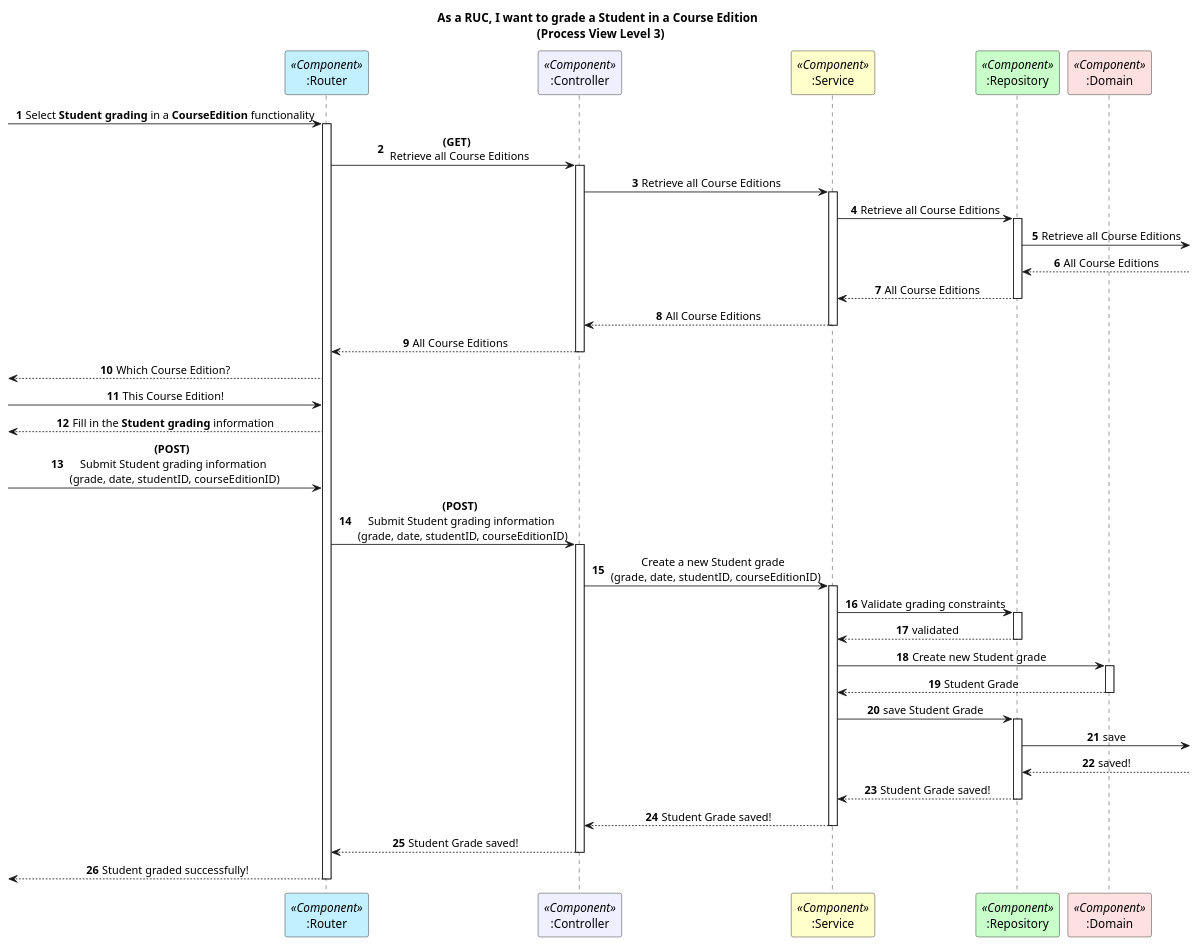
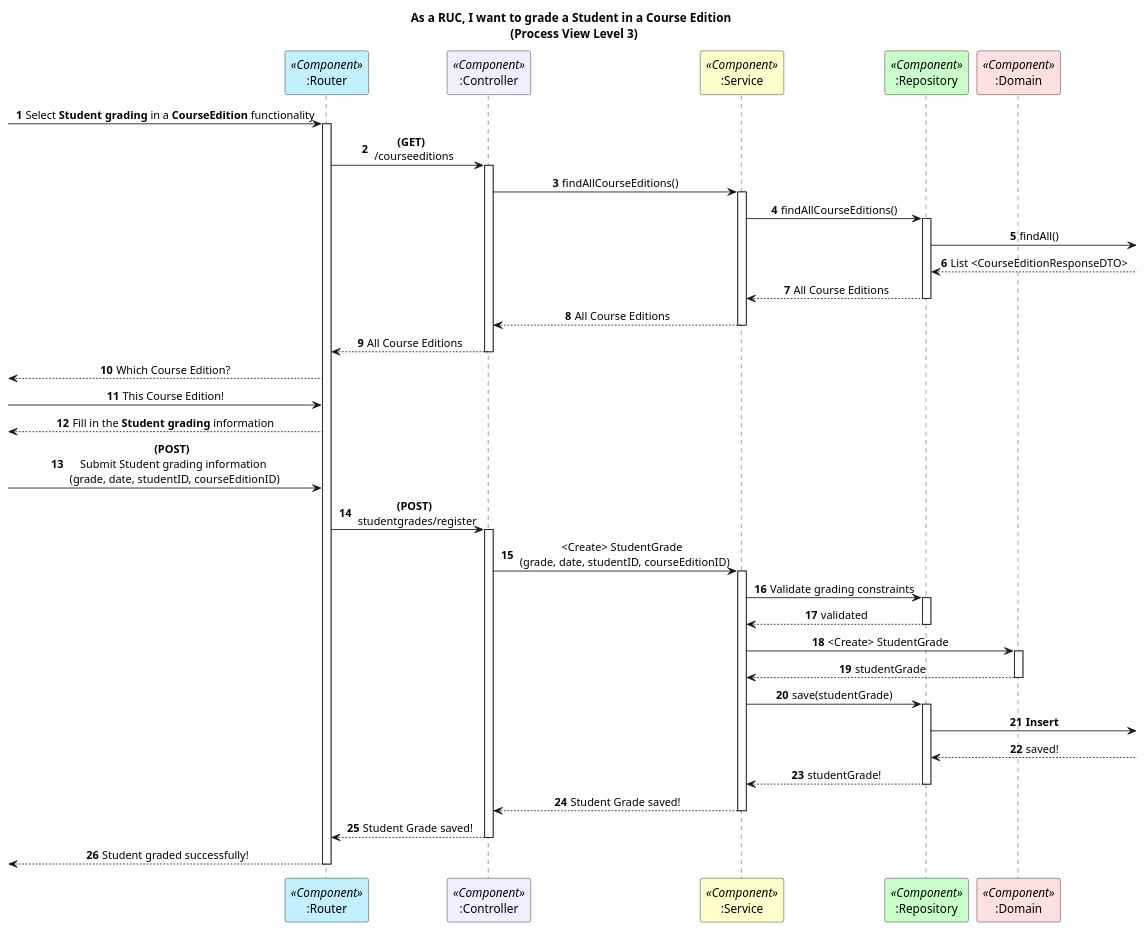
The diagram in docs/US22/REST_API/ProcessView/Level3.puml (GasparISEP/DevOps-PAI), drawn with PlantUML before and after one commit. The commit also changed 4 other files, not shown here.

Commit message:
Refs #642: Refactor of US22-Sprint6 Diagrams considering corrections advised by professors

```diff
--- a/docs/US22/REST_API/ProcessView/Level3.puml
+++ b/docs/US22/REST_API/ProcessView/Level3.puml
@@ -1,70 +1,70 @@
 @startuml
 
 autonumber
 title As a RUC, I want to grade a Student in a Course Edition \n (Process View Level 3)
 skinparam sequencemessagealign center
 autonumber
 
 
 participant ":Router" as router <<Component>> #application
 participant ":Controller" as controller <<Component>> #motivation
 participant ":Service" as service <<Component>> #business
 participant ":Repository" as repo <<Component>> #technology
 participant ":Domain" as domain <<Component>> #implementation
 
  -> router : Select **Student grading** in a **CourseEdition** functionality
 activate router
-router -> controller : **(GET)** \n Retrieve all Course Editions
+router -> controller : **(GET)** \n /courseeditions
 activate controller
-controller -> service : Retrieve all Course Editions
+controller -> service : findAllCourseEditions()
 activate service
-service -> repo : Retrieve all Course Editions
+service -> repo : findAllCourseEditions()
 activate repo
-repo ->  : Retrieve all Course Editions
-repo <--  : All Course Editions
+repo ->  : findAll()
+repo <--  : List <CourseEditionResponseDTO>
 
 repo --> service : All Course Editions
 deactivate repo
 service --> controller : All Course Editions
 deactivate service
 controller --> router : All Course Editions
 deactivate controller
 
 
  <-- router : Which Course Edition?
  -> router : This Course Edition!
  <-- router : Fill in the **Student grading** information
  -> router : **(POST)** \n Submit Student grading information \n (grade, date, studentID, courseEditionID)
-router -> controller : **(POST)** \n Submit Student grading information \n (grade, date, studentID, courseEditionID)
+router -> controller : **(POST)** \n studentgrades/register
 
 activate controller
-controller -> service : Create a new Student grade \n (grade, date, studentID, courseEditionID)
+controller -> service : <Create> StudentGrade \n (grade, date, studentID, courseEditionID)
 
 activate service
 service -> repo : Validate grading constraints
 activate repo
 repo --> service : validated
 deactivate repo
 
-service -> domain : Create new Student grade
+service -> domain : <Create> StudentGrade
 activate domain
-domain --> service : Student Grade
+domain --> service : studentGrade
 deactivate domain
 
-service -> repo : save Student Grade
+service -> repo : save(studentGrade)
 activate repo
-repo -> : save
+repo -> : **Insert**
 repo <--  : saved!
-repo --> service : Student Grade saved!
+repo --> service : studentGrade!
 deactivate repo
 
 service --> controller : Student Grade saved!
 deactivate service
 
 controller --> router : Student Grade saved!
 deactivate controller
 
  <-- router : Student graded successfully!
 deactivate router
 
 @enduml
```
